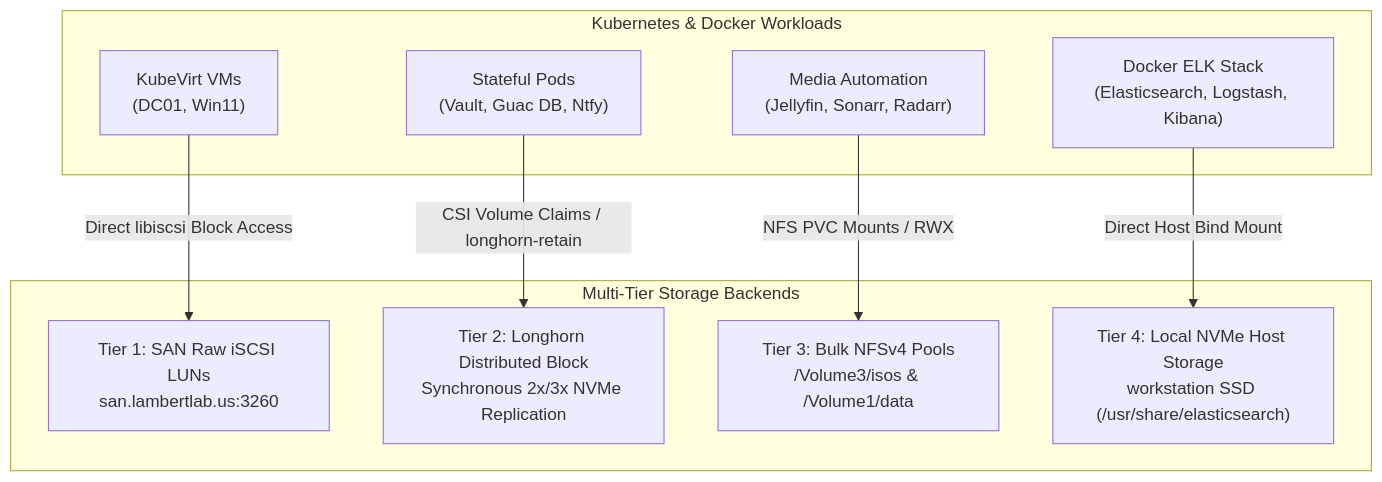
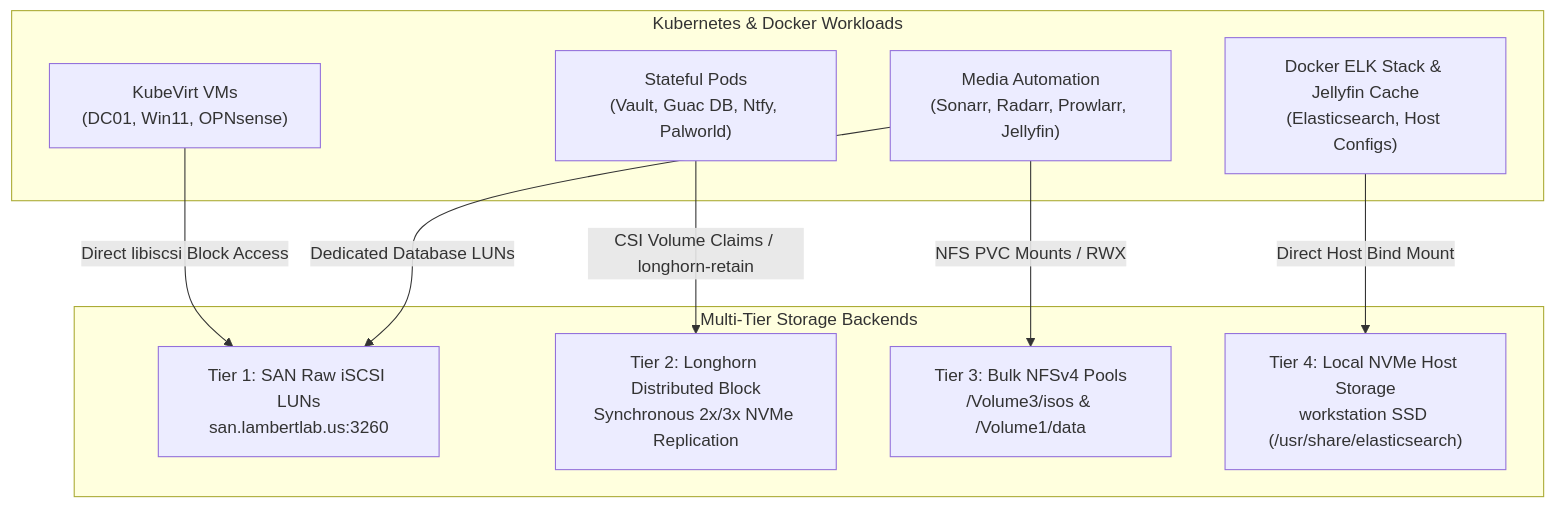
One commit to ChrisLambert03/homelab changed the diagram in docs/architecture/storage.md. Above: the diagram before and after it, drawn with Mermaid. The commit also changed other lines of this file and 4 other files, not shown here.

````diff
--- a/docs/architecture/storage.md
+++ b/docs/architecture/storage.md
@@ -9,21 +9,22 @@
 ```mermaid
 graph TD
     subgraph ComputeWorkloads["Kubernetes & Docker Workloads"]
-        VMs["KubeVirt VMs<br/>(DC01, Win11)"]
-        StatefulPods["Stateful Pods<br/>(Vault, Guac DB, Ntfy)"]
-        MediaPods["Media Automation<br/>(Jellyfin, Sonarr, Radarr)"]
-        SIEM["Docker ELK Stack<br/>(Elasticsearch, Logstash, Kibana)"]
+        VMs["KubeVirt VMs<br/>(DC01, Win11, OPNsense)"]
+        StatefulPods["Stateful Pods<br/>(Vault, Guac DB, Ntfy, Palworld)"]
+        MediaPods["Media Automation<br/>(Sonarr, Radarr, Prowlarr, Jellyfin)"]
+        SIEM["Docker ELK Stack & Jellyfin Cache<br/>(Elasticsearch, Host Configs)"]
     end
 
     subgraph StorageTiers["Multi-Tier Storage Backends"]
         Tier1["Tier 1: SAN Raw iSCSI LUNs<br/>san.lambertlab.us:3260"]
         Tier2["Tier 2: Longhorn Distributed Block<br/>Synchronous 2x/3x NVMe Replication"]
         Tier3["Tier 3: Bulk NFSv4 Pools<br/>/Volume3/isos & /Volume1/data"]
         Tier4["Tier 4: Local NVMe Host Storage<br/>workstation SSD (/usr/share/elasticsearch)"]
     end
 
     VMs -->|"Direct libiscsi Block Access"| Tier1
+    MediaPods -->|"Dedicated Database LUNs"| Tier1
     StatefulPods -->|"CSI Volume Claims / longhorn-retain"| Tier2
     MediaPods -->|"NFS PVC Mounts / RWX"| Tier3
     SIEM -->|"Direct Host Bind Mount"| Tier4
 ```
````
